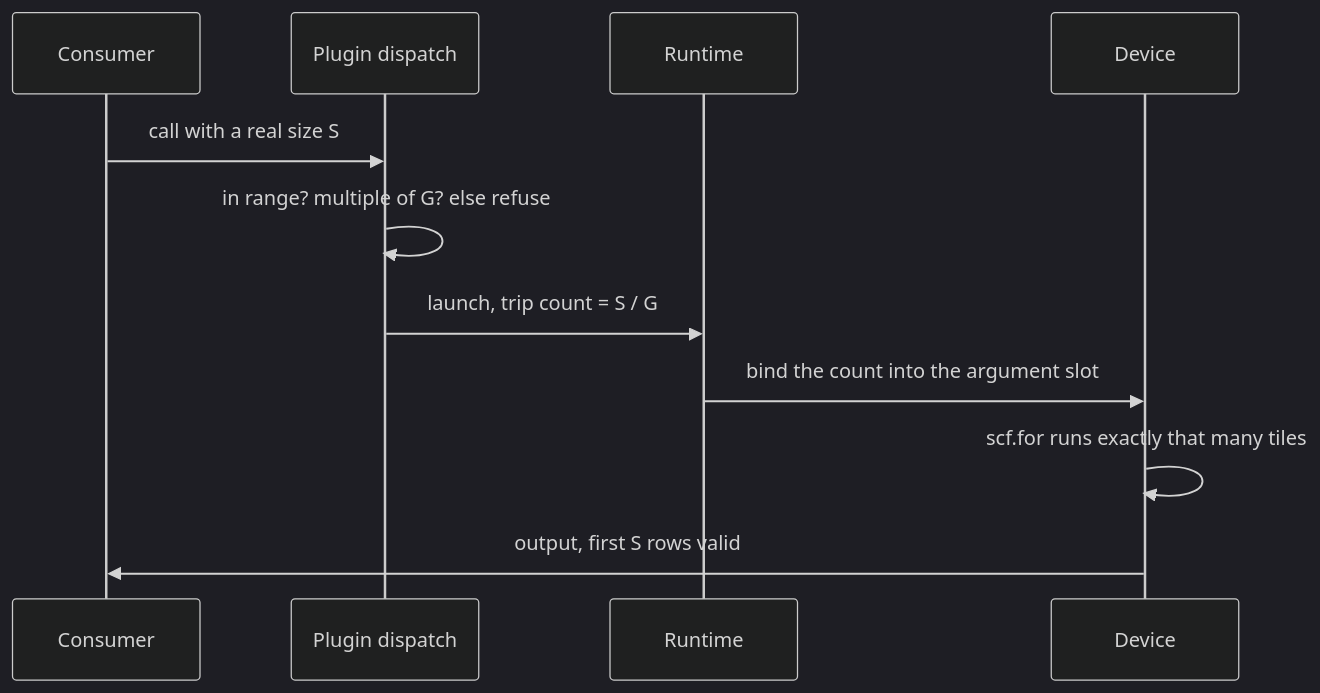
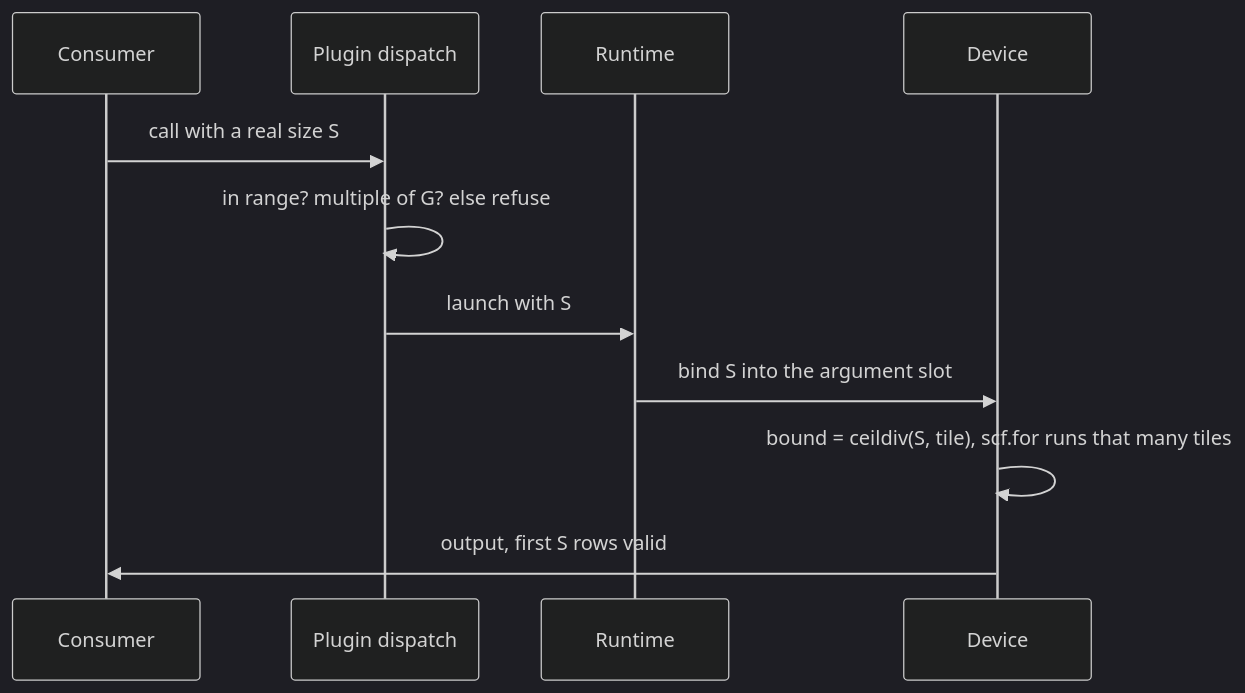
The eighth of 13 diagrams in docs/source/compiler/symbolic_shapes.md (GopikrishnaGitRepo/torch-spyre), drawn with Mermaid (dark theme) before and after one commit. The commit also changed other lines of this file, not shown here.

````diff
--- a/docs/source/compiler/symbolic_shapes.md
+++ b/docs/source/compiler/symbolic_shapes.md
@@ -479,13 +511,13 @@
 ```mermaid
 sequenceDiagram
   participant U as Consumer
   participant P as Plugin dispatch
   participant R as Runtime
   participant Dv as Device
   U->>P: call with a real size S
   P->>P: in range? multiple of G? else refuse
-  P->>R: launch, trip count = S / G
-  R->>Dv: bind the count into the argument slot
-  Dv->>Dv: scf.for runs exactly that many tiles
+  P->>R: launch with S
+  R->>Dv: bind S into the argument slot
+  Dv->>Dv: bound = ceildiv(S, tile), scf.for runs that many tiles
   Dv->>U: output, first S rows valid
 ```
````
